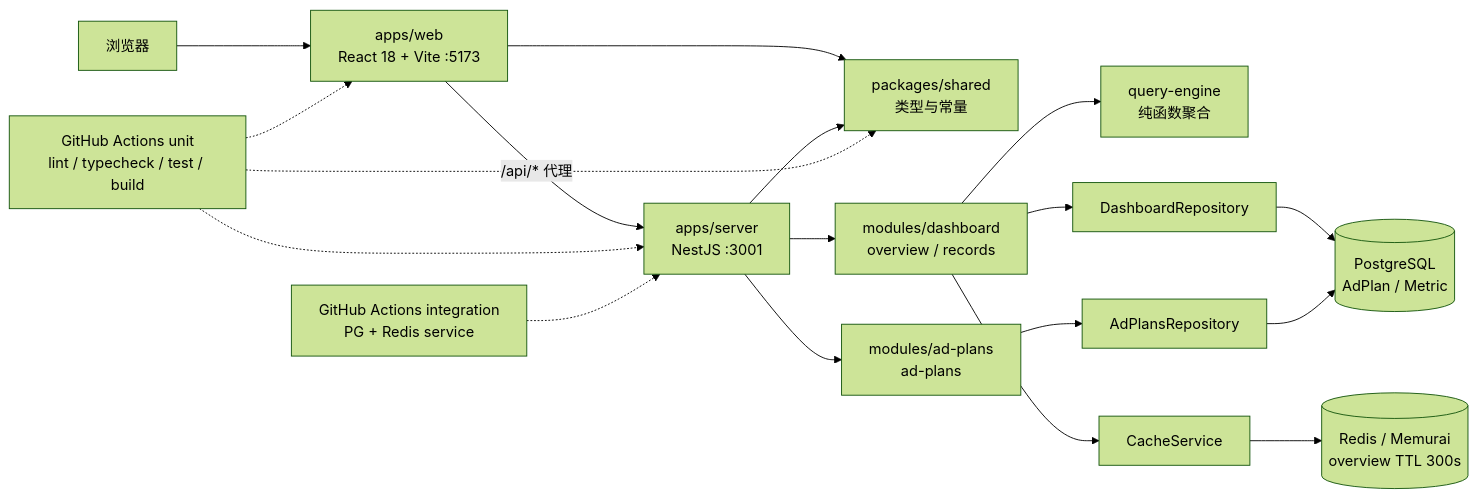
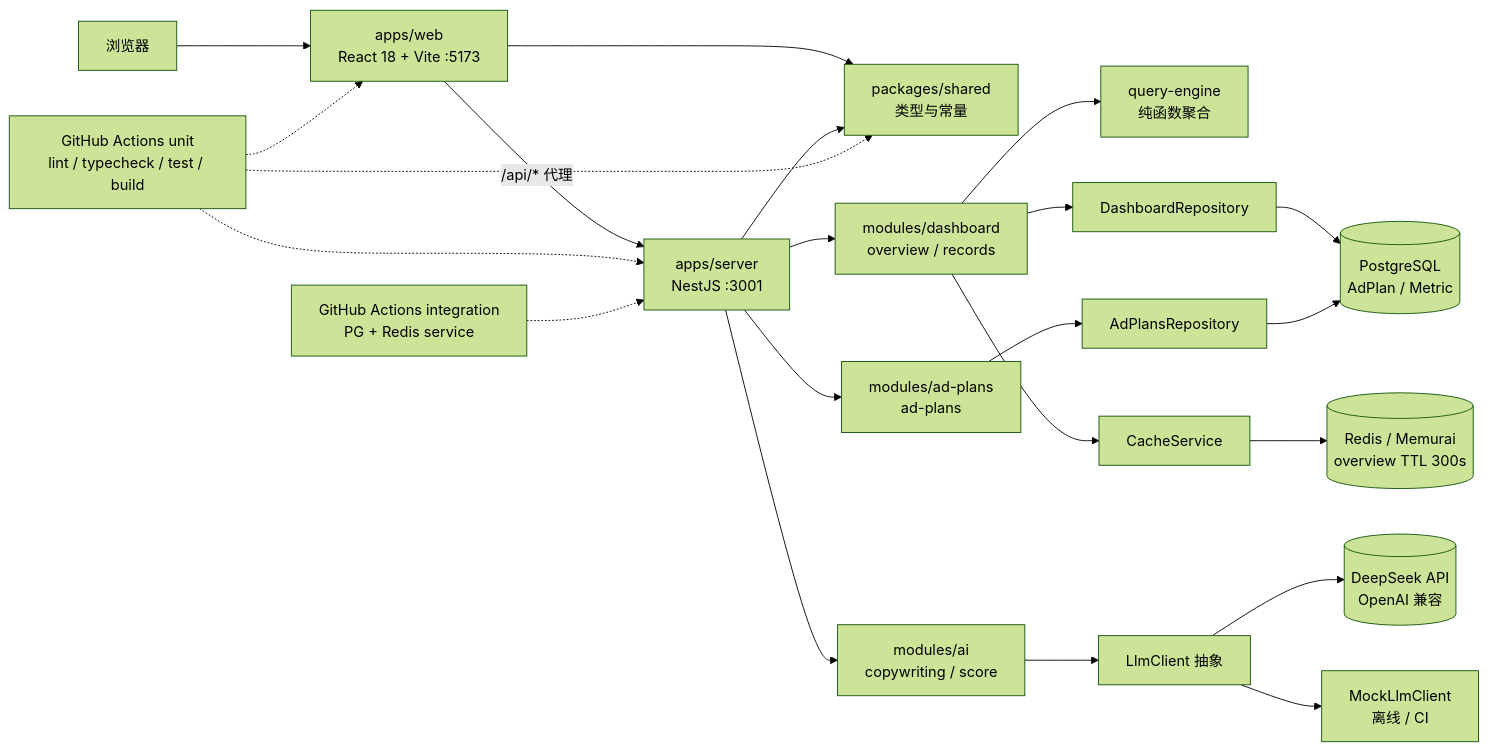
Before and after one commit to aoyanxin/ai-ad-copilot: the diagram in README.md, drawn with Mermaid (forest theme). The commit also changed other lines of this file and 55 other files, not shown here.

````diff
--- a/README.md
+++ b/README.md
@@ -21,20 +24,24 @@
 ```mermaid
 graph LR
   Browser[浏览器] --> Web["apps/web<br/>React 18 + Vite :5173"]
   Web -->|"/api/* 代理"| Server["apps/server<br/>NestJS :3001"]
   Web --> Shared["packages/shared<br/>类型与常量"]
   Server --> Shared
   Server --> Dashboard["modules/dashboard<br/>overview / records"]
   Server --> AdPlans["modules/ad-plans<br/>ad-plans"]
   Dashboard --> Engine["query-engine<br/>纯函数聚合"]
   Dashboard --> Repo["DashboardRepository"]
   AdPlans --> Repo2["AdPlansRepository"]
   Repo --> PG[("PostgreSQL<br/>AdPlan / Metric")]
   Repo2 --> PG
   Dashboard --> Cache["CacheService"]
   Cache --> Redis[("Redis / Memurai<br/>overview TTL 300s")]
+  Server --> Ai["modules/ai<br/>copywriting / score"]
+  Ai --> Llm["LlmClient 抽象"]
+  Llm --> DeepSeek[("DeepSeek API<br/>OpenAI 兼容")]
+  Llm --> MockLlm["MockLlmClient<br/>离线 / CI"]
   CI["GitHub Actions unit<br/>lint / typecheck / test / build"] -.-> Web
   CI -.-> Server
   CI -.-> Shared
   CI2["GitHub Actions integration<br/>PG + Redis service"] -.-> Server
 ```
````
